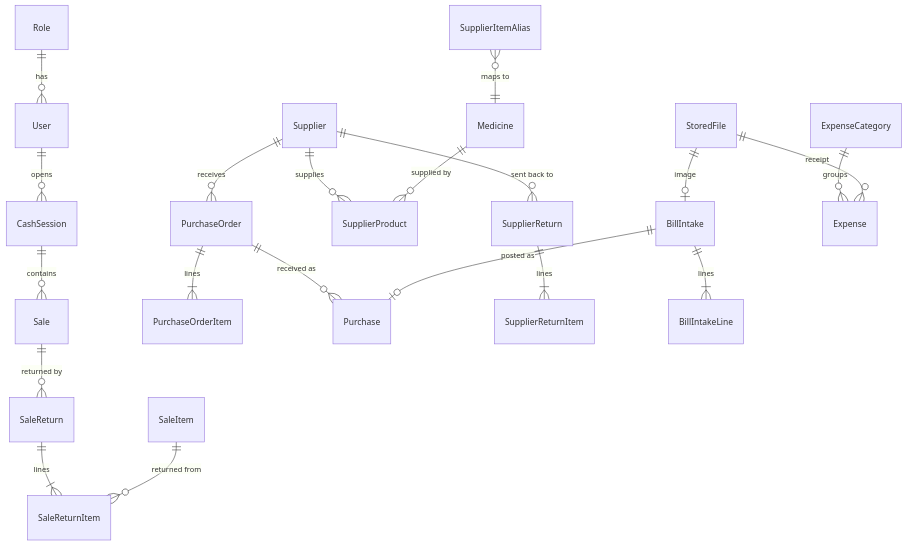
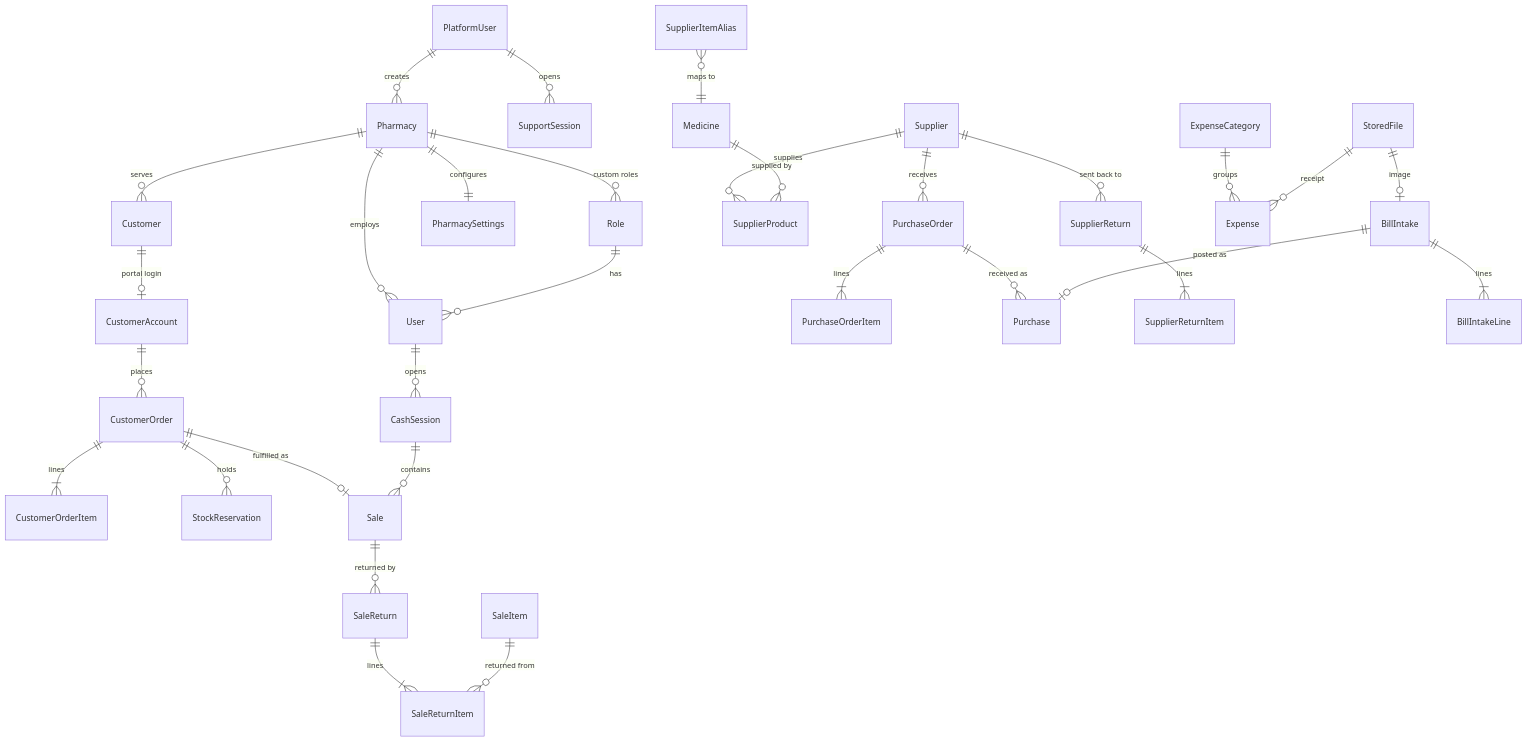
Before and after one commit to sudais-khalid/pharmacy-crm: the diagram in docs/plan/03-data-model.md, drawn with Mermaid. The commit also changed other lines of this file, not shown here.

````diff
--- a/docs/plan/03-data-model.md
+++ b/docs/plan/03-data-model.md
@@ -7,25 +9,36 @@
 ```mermaid
 erDiagram
+  Pharmacy ||--o{ User : employs
+  Pharmacy ||--o{ Role : "custom roles"
+  Pharmacy ||--o{ Customer : serves
+  Pharmacy ||--|| PharmacySettings : configures
+  PlatformUser ||--o{ Pharmacy : creates
+  PlatformUser ||--o{ SupportSession : opens
+  Customer ||--o| CustomerAccount : "portal login"
+  CustomerAccount ||--o{ CustomerOrder : places
+  CustomerOrder ||--|{ CustomerOrderItem : lines
+  CustomerOrder ||--o{ StockReservation : holds
+  CustomerOrder ||--o| Sale : "fulfilled as"
   Role ||--o{ User : has
   User ||--o{ CashSession : opens
   CashSession ||--o{ Sale : contains
   Sale ||--o{ SaleReturn : "returned by"
   SaleReturn ||--|{ SaleReturnItem : lines
   SaleItem ||--o{ SaleReturnItem : "returned from"
 
   Supplier ||--o{ PurchaseOrder : receives
   PurchaseOrder ||--|{ PurchaseOrderItem : lines
   PurchaseOrder ||--o{ Purchase : "received as"
   Supplier ||--o{ SupplierProduct : supplies
   Medicine ||--o{ SupplierProduct : "supplied by"
   Supplier ||--o{ SupplierReturn : "sent back to"
   SupplierReturn ||--|{ SupplierReturnItem : lines
 
   StoredFile ||--o| BillIntake : image
   BillIntake ||--|{ BillIntakeLine : lines
   BillIntake ||--o| Purchase : "posted as"
   SupplierItemAlias }o--|| Medicine : "maps to"
 
   ExpenseCategory ||--o{ Expense : groups
   StoredFile ||--o{ Expense : receipt
 ```
````
